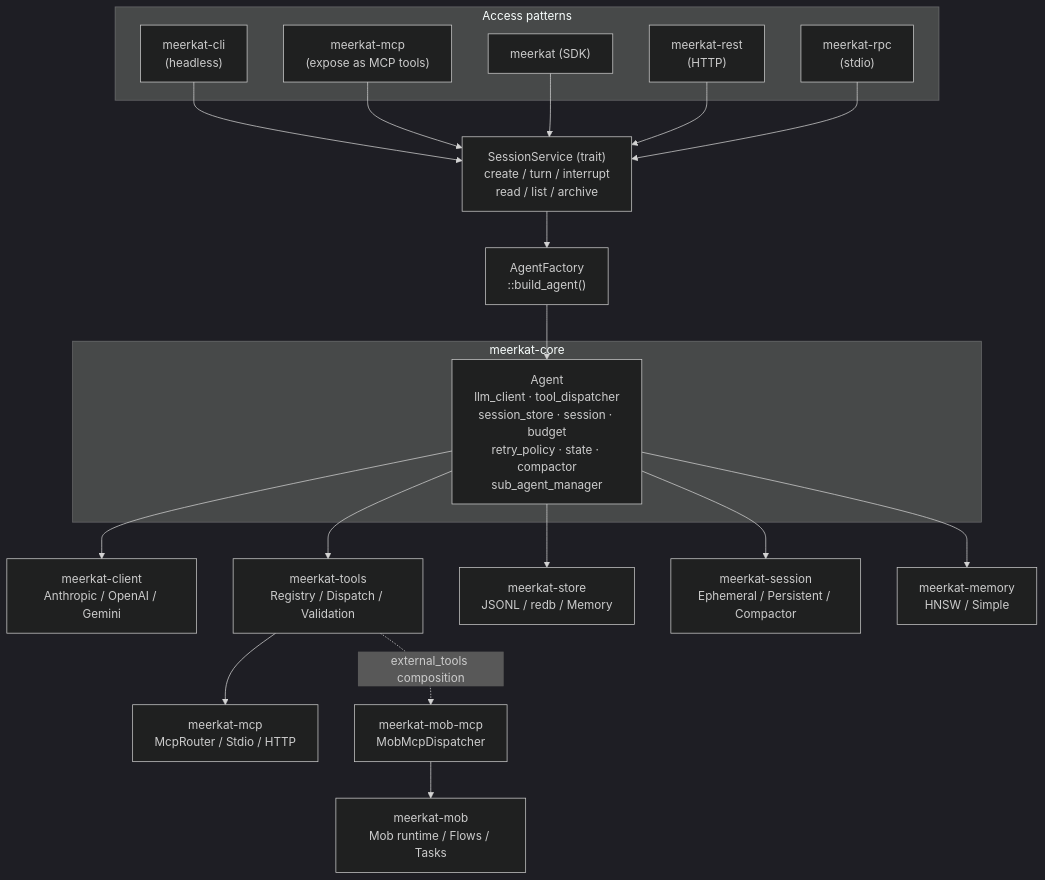
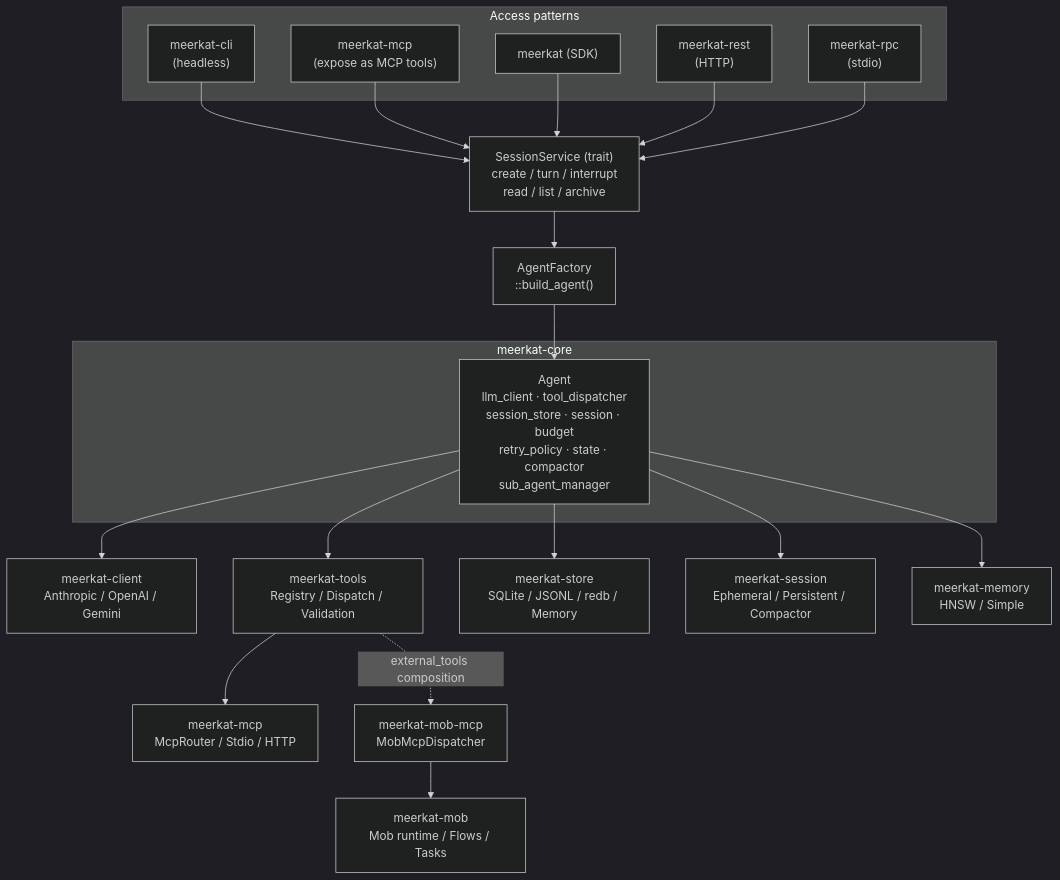
The second of 4 diagrams in docs/reference/architecture.mdx (lukacf/meerkat), drawn with Mermaid (dark theme) before and after one commit. The commit also changed other lines of this file and 17 other files, not shown here.

````diff
--- a/docs/reference/architecture.mdx
+++ b/docs/reference/architecture.mdx
@@ -82,44 +82,44 @@
 ```mermaid
 graph TD
     subgraph surfaces["Access patterns"]
         CLI["meerkat-cli<br/>(headless)"]
         MCPS["meerkat-mcp<br/>(expose as MCP tools)"]
         SDK["meerkat (SDK)"]
         REST["meerkat-rest<br/>(HTTP)"]
         RPC["meerkat-rpc<br/>(stdio)"]
     end
 
     SS["SessionService (trait)<br/>create / turn / interrupt<br/>read / list / archive"]
     AF["AgentFactory<br/>::build_agent()"]
 
     CLI --> SS
     MCPS --> SS
     SDK --> SS
     REST --> SS
     RPC --> SS
     SS --> AF
 
     subgraph core["meerkat-core"]
         AGENT["Agent<br/>llm_client · tool_dispatcher<br/>session_store · session · budget<br/>retry_policy · state · compactor<br/>sub_agent_manager"]
     end
 
     AF --> AGENT
 
     CLIENT["meerkat-client<br/>Anthropic / OpenAI / Gemini"]
     TOOLS["meerkat-tools<br/>Registry / Dispatch / Validation"]
-    STORE["meerkat-store<br/>JSONL / redb / Memory"]
+    STORE["meerkat-store<br/>SQLite / JSONL / redb / Memory"]
     SESSION["meerkat-session<br/>Ephemeral / Persistent / Compactor"]
     MEMORY["meerkat-memory<br/>HNSW / Simple"]
     MCP["meerkat-mcp<br/>McpRouter / Stdio / HTTP"]
     MOB["meerkat-mob<br/>Mob runtime / Flows / Tasks"]
     MOBMCP["meerkat-mob-mcp<br/>MobMcpDispatcher"]
 
     AGENT --> CLIENT
     AGENT --> TOOLS
     AGENT --> STORE
     AGENT --> SESSION
     AGENT --> MEMORY
     TOOLS --> MCP
     MOBMCP --> MOB
     TOOLS -.->|external_tools composition| MOBMCP
 ```
````
